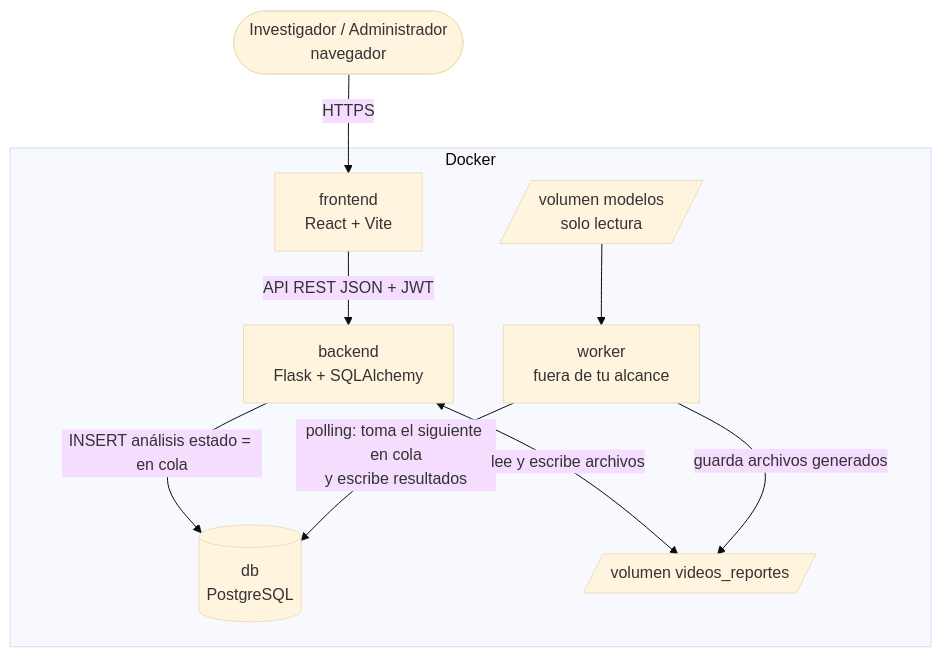
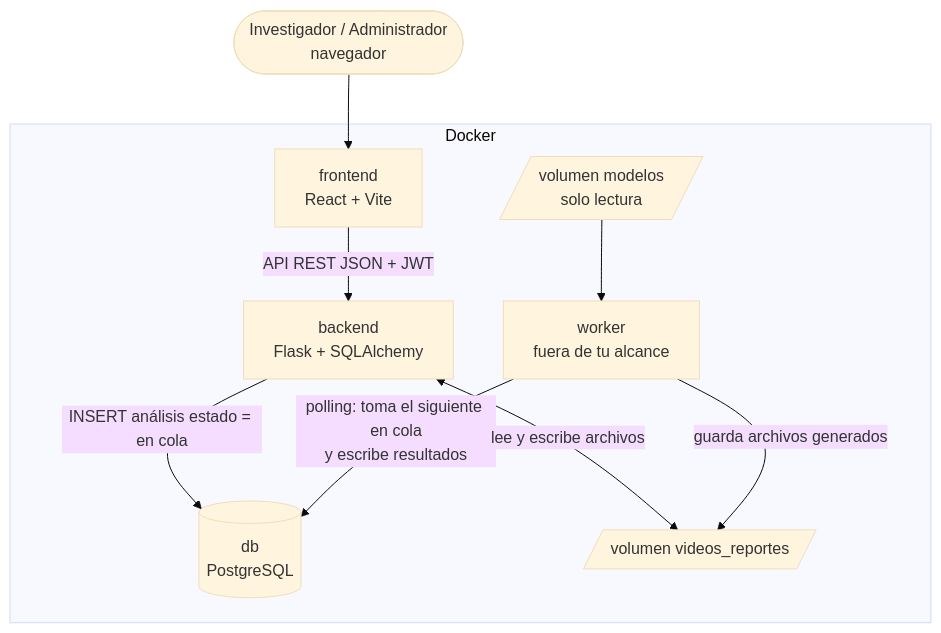
The first of 39 diagrams in INSTRUCCIONES-WEB.md (ErickJester/fst-ai-system-latex), drawn with Mermaid (base theme) before and after one commit. The commit also changed other lines of this file, not shown here.

````diff
--- a/INSTRUCCIONES-WEB.md
+++ b/INSTRUCCIONES-WEB.md
@@ -95,12 +149,12 @@
 ```mermaid
 flowchart TB
-  INV([Investigador / Administrador<br/>navegador]) -->|HTTPS| FE
+  INV([Investigador / Administrador<br/>navegador]) --> FE
   subgraph Docker
     FE[frontend<br/>React + Vite] -->|API REST JSON + JWT| BE[backend<br/>Flask + SQLAlchemy]
     BE -->|INSERT análisis estado = en cola| DB[(db<br/>PostgreSQL)]
     WK[worker<br/>fuera de tu alcance] -->|polling: toma el siguiente en cola<br/>y escribe resultados| DB
     BE <-->|lee y escribe archivos| FS[/volumen videos_reportes/]
     WK -->|guarda archivos generados| FS
     MD[/volumen modelos<br/>solo lectura/] --> WK
   end
 ```
````
